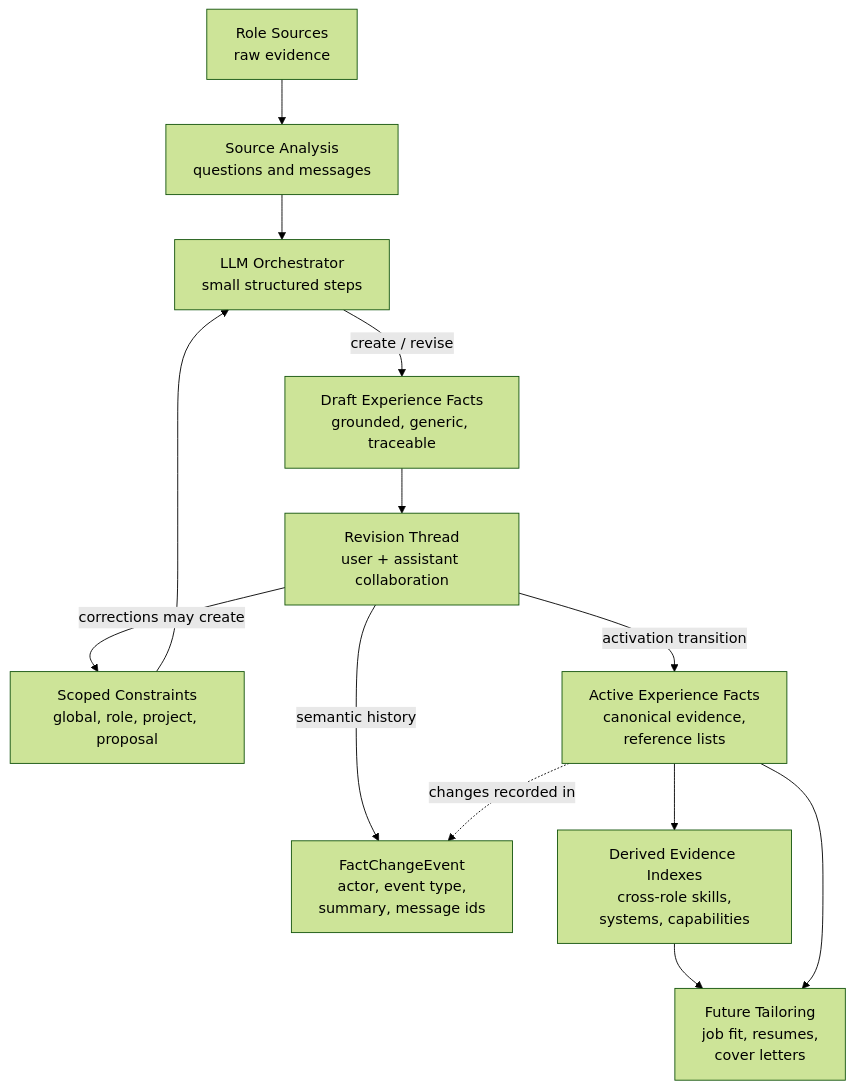
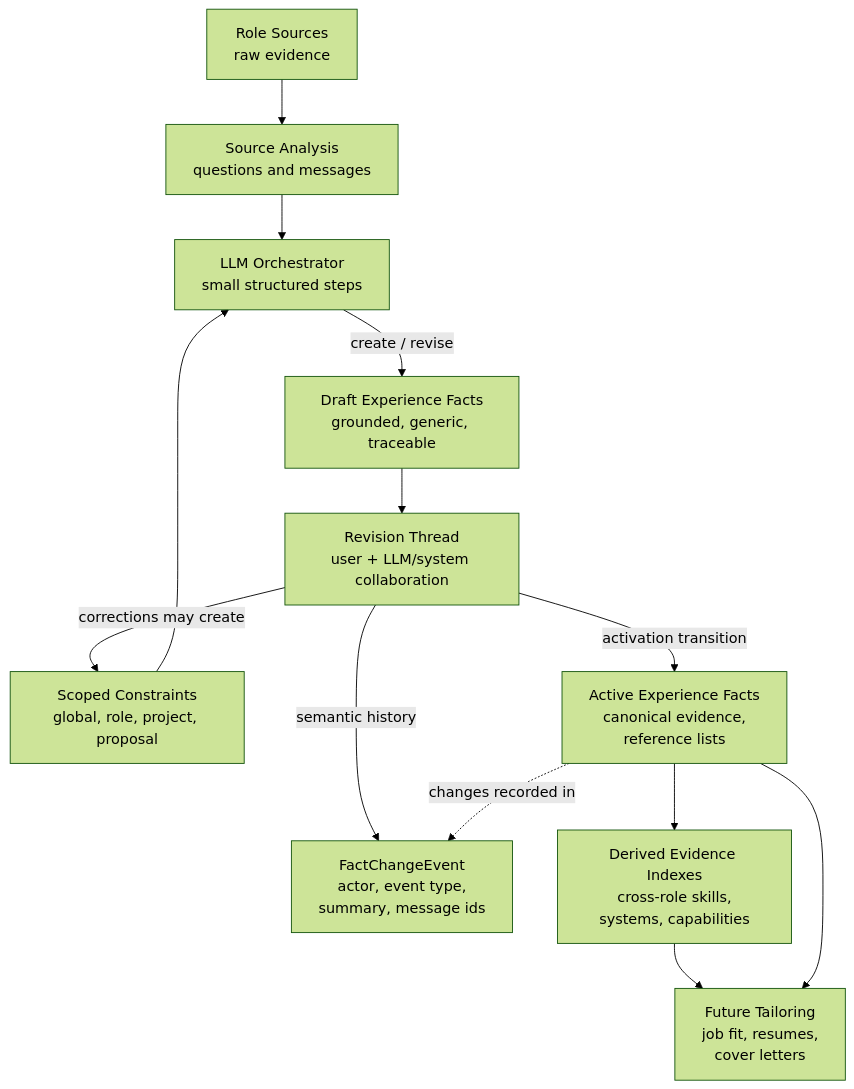
One commit to rsauers0/career-agent changed the sixth of 8 diagrams in docs/diagrams.md. Above: the diagram before and after it, drawn with Mermaid (forest theme). The commit also changed other lines of this file and 3 other files, not shown here.

````diff
--- a/docs/diagrams.md
+++ b/docs/diagrams.md
@@ -129,26 +129,26 @@
 ```mermaid
 flowchart TD
     RawSources["Role Sources<br/>raw evidence"]
     Analysis["Source Analysis<br/>questions and messages"]
     Orchestrator["LLM Orchestrator<br/>small structured steps"]
     Constraints["Scoped Constraints<br/>global, role, project, proposal"]
     DraftFacts["Draft Experience Facts<br/>grounded, generic, traceable"]
-    Revision["Revision Thread<br/>user + assistant collaboration"]
+    Revision["Revision Thread<br/>user + LLM/system collaboration"]
     Events["FactChangeEvent<br/>actor, event type,<br/>summary, message ids"]
     ActiveFacts["Active Experience Facts<br/>canonical evidence,<br/>reference lists"]
     Derived["Derived Evidence Indexes<br/>cross-role skills,<br/>systems, capabilities"]
     Tailoring["Future Tailoring<br/>job fit, resumes,<br/>cover letters"]
 
     RawSources --> Analysis
     Analysis --> Orchestrator
     Constraints --> Orchestrator
     Orchestrator -->|"create / revise"| DraftFacts
     DraftFacts --> Revision
     Revision -->|"corrections may create"| Constraints
     Revision -->|"semantic history"| Events
     Revision -->|"activation transition"| ActiveFacts
     ActiveFacts -. "changes recorded in" .-> Events
     ActiveFacts --> Derived
     Derived --> Tailoring
     ActiveFacts --> Tailoring
 ```
````
